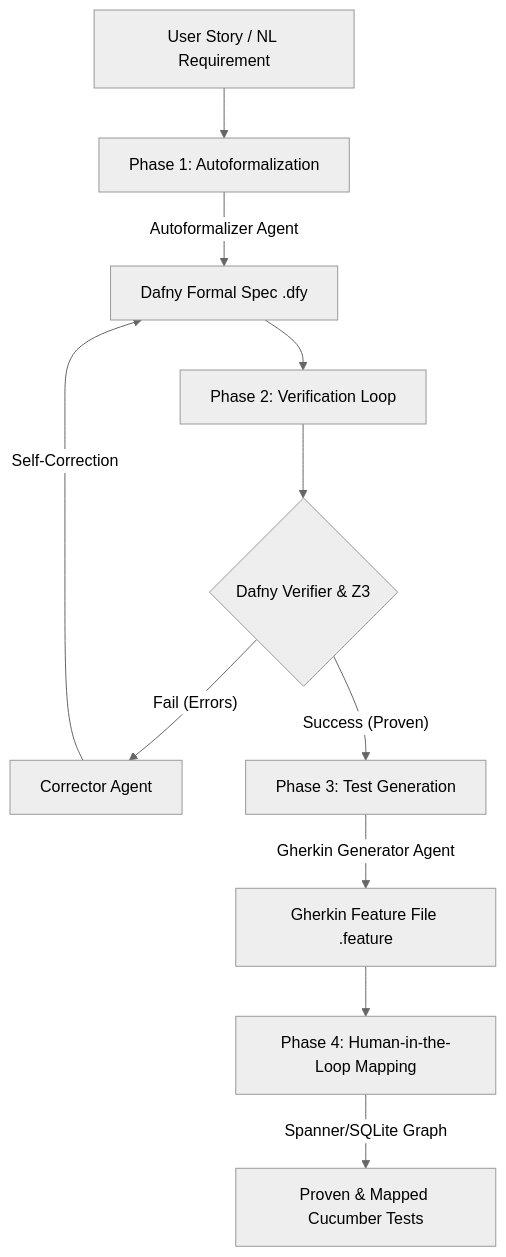
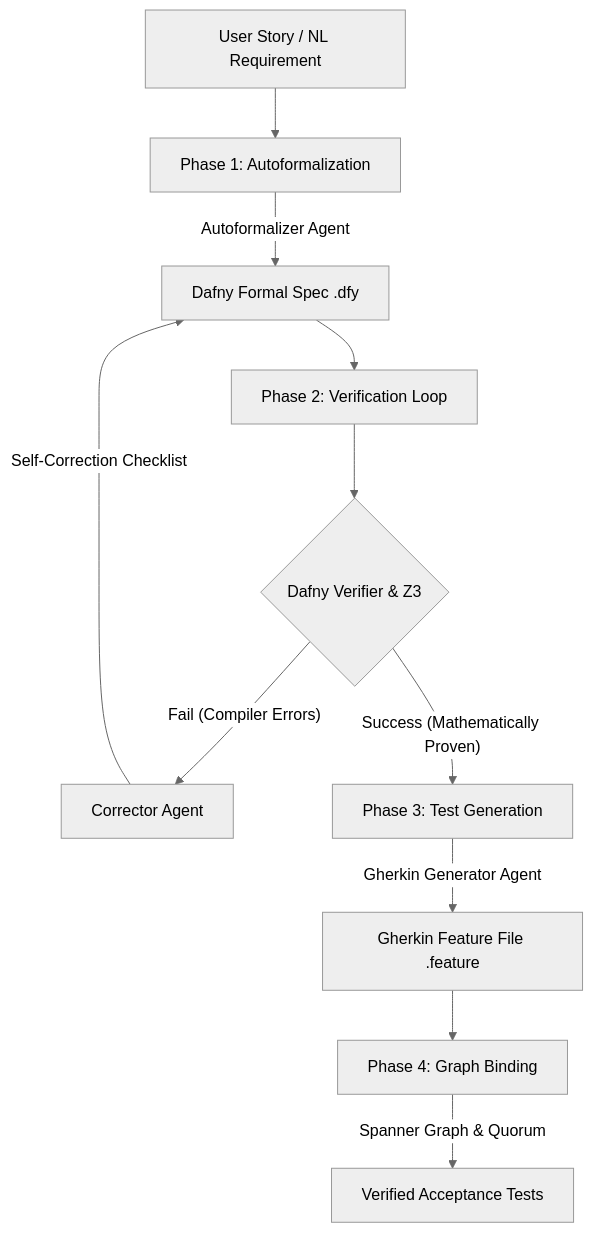
Before and after one commit to iangelico/AI-Driven-BDD-Pipeline-with-Autoformalization: the diagram in README.md, drawn with Mermaid (neutral theme). The commit also changed other lines of this file, not shown here.

````diff
--- a/README.md
+++ b/README.md
@@ -38,13 +37,13 @@
 ```mermaid
 graph TD
     NL[User Story / NL Requirement] --> Phase1[Phase 1: Autoformalization]
     Phase1 -->|Autoformalizer Agent| Spec[Dafny Formal Spec .dfy]
     Spec --> Phase2[Phase 2: Verification Loop]
     Phase2 --> Verifier{Dafny Verifier & Z3}
-    Verifier -- Fail (Errors) --> Fix[Corrector Agent]
-    Fix -->|Self-Correction| Spec
-    Verifier -- Success (Proven) --> Phase3[Phase 3: Test Generation]
+    Verifier -- Fail (Compiler Errors) --> Fix[Corrector Agent]
+    Fix -->|Self-Correction Checklist| Spec
+    Verifier -- Success (Mathematically Proven) --> Phase3[Phase 3: Test Generation]
     Phase3 -->|Gherkin Generator Agent| Gherkin[Gherkin Feature File .feature]
-    Gherkin --> Phase4[Phase 4: Human-in-the-Loop Mapping]
-    Phase4 -->|Spanner/SQLite Graph| Verification[Proven & Mapped Cucumber Tests]
+    Gherkin --> Phase4[Phase 4: Graph Binding]
+    Phase4 -->|Spanner Graph & Quorum| Verification[Verified Acceptance Tests]
 ```
````
